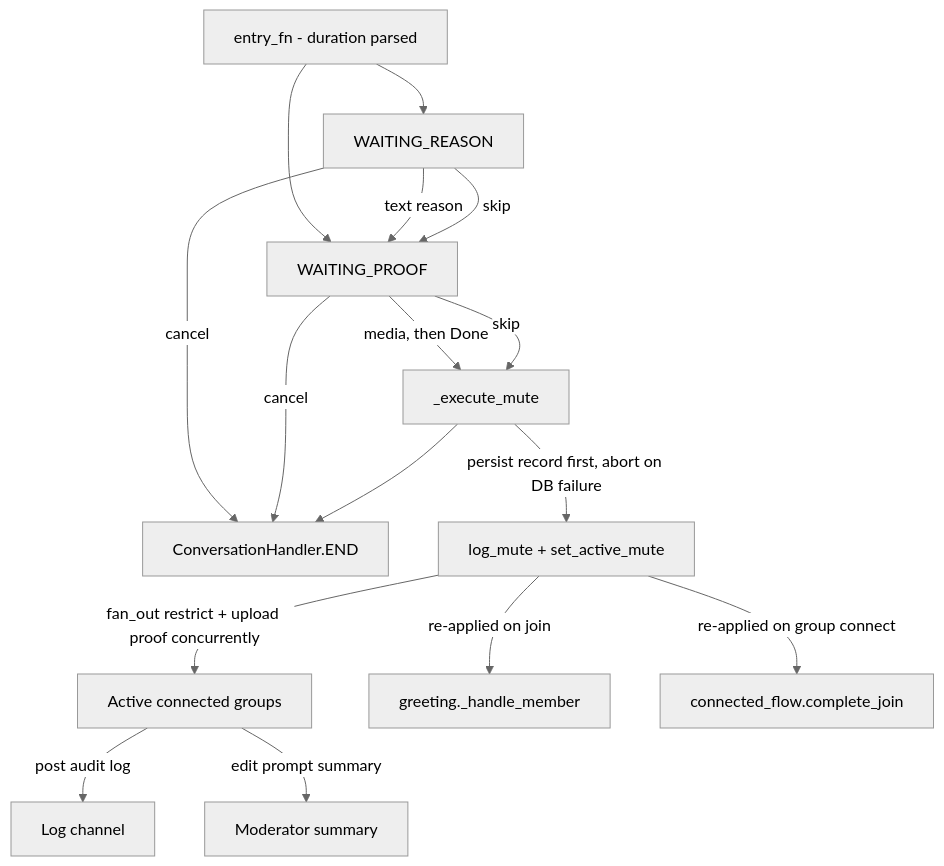
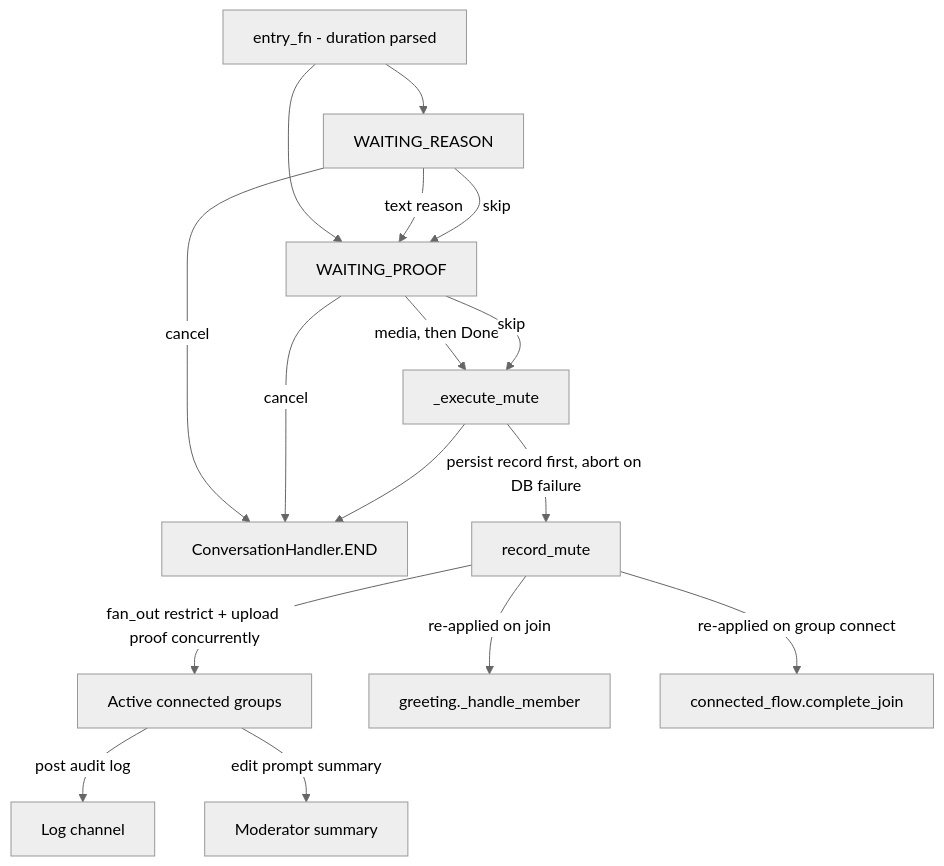
The third of 4 diagrams in docs/architecture/workflows.md (D1ZZY4/tcbot), drawn with Mermaid (neutral theme) before and after one commit. The commit also changed 13 other files, not shown here.

First line of the commit message:
docs: align guides and changelog with the community schema

````diff
--- a/docs/architecture/workflows.md
+++ b/docs/architecture/workflows.md
@@ -157,18 +157,18 @@
 ```mermaid
 flowchart TD
     Entry[entry_fn - duration parsed] --> Reason[WAITING_REASON]
     Entry --> Proof[WAITING_PROOF]
     Reason -->|text reason| Proof
     Reason -->|skip| Proof
     Reason -->|cancel| End[ConversationHandler.END]
     Proof -->|media, then Done| Exec[_execute_mute]
     Proof -->|skip| Exec
     Proof -->|cancel| End
-    Exec -->|persist record first, abort on DB failure| Stored[log_mute + set_active_mute]
+    Exec -->|persist record first, abort on DB failure| Stored[record_mute]
     Stored -->|fan_out restrict + upload proof concurrently| Groups[Active connected groups]
     Groups -->|post audit log| LogChat[Log channel]
     Groups -->|edit prompt summary| Summary[Moderator summary]
     Stored -->|re-applied on join| Join[greeting._handle_member]
     Stored -->|re-applied on group connect| Connect[connected_flow.complete_join]
     Exec --> End
 ```
````
